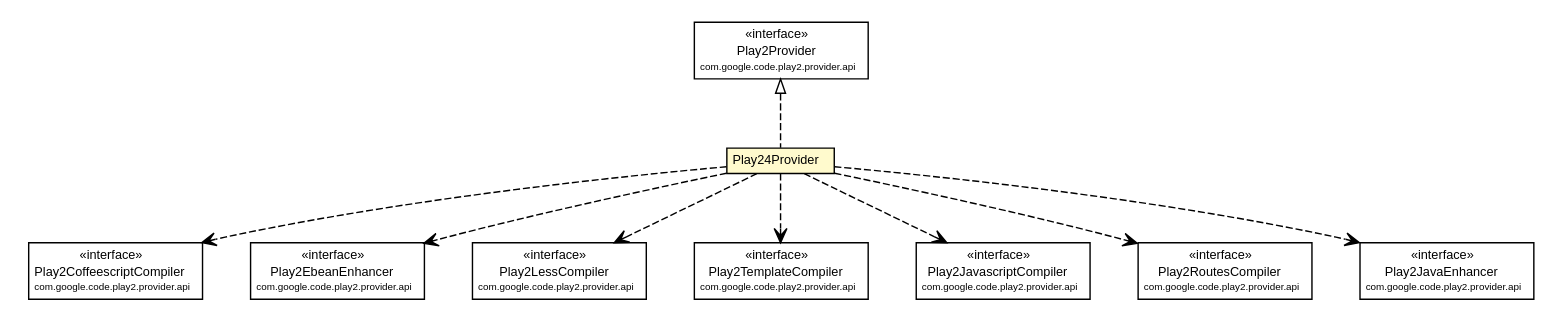
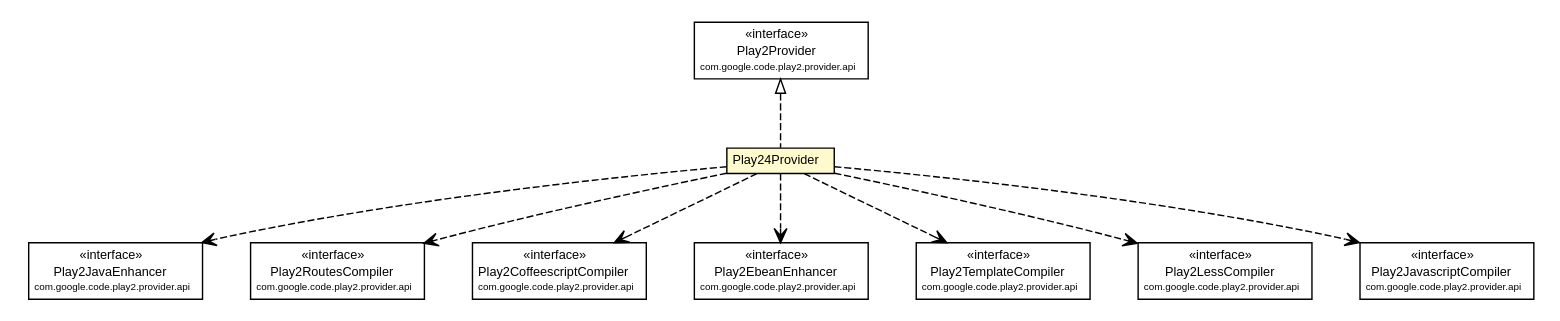
One commit to wouterhardeman/play2-maven-plugin changed the diagram in mavensite/1.0.0-beta2-SNAPSHOT/play2-providers/play2-provider-play24/apidocs/com/google/code/play2/provider/play24/Play24Provider.dot. Above: the diagram before and after it, drawn with Graphviz. The commit also changed 222 other files, not shown here.

```diff
--- a/mavensite/1.0.0-beta2-SNAPSHOT/play2-providers/play2-provider-play24/apidocs/com/google/code/play2/provider/play24/Play24Provider.dot
+++ b/mavensite/1.0.0-beta2-SNAPSHOT/play2-providers/play2-provider-play24/apidocs/com/google/code/play2/provider/play24/Play24Provider.dot
@@ -1,98 +1,98 @@
 #!/usr/local/bin/dot
 #
 # Class diagram 
 # Generated by UMLGraph version R5_6-24-gf6e263 (http://www.umlgraph.org/)
 #
 
 digraph G {
 	edge [fontname="arial",fontsize=10,labelfontname="arial",labelfontsize=10];
 	node [fontname="arial",fontsize=10,shape=plaintext];
 	nodesep=0.25;
 	ranksep=0.5;
 	// com.google.code.play2.provider.play24.Play24Provider
 	c178 [label=<<table title="com.google.code.play2.provider.play24.Play24Provider" border="0" cellborder="1" cellspacing="0" cellpadding="2" port="p" bgcolor="lemonChiffon" href="./Play24Provider.html">
 		<tr><td><table border="0" cellspacing="0" cellpadding="1">
 <tr><td align="center" balign="center"> Play24Provider </td></tr>
 		</table></td></tr>
 		</table>>, URL="./Play24Provider.html", fontname="arial", fontcolor="black", fontsize=9.0];
 	//com.google.code.play2.provider.play24.Play24Provider implements com.google.code.play2.provider.api.Play2Provider
 	c187:p -> c178:p [dir=back,arrowtail=empty,style=dashed];
+	// com.google.code.play2.provider.play24.Play24Provider DEPEND com.google.code.play2.provider.api.Play2JavaEnhancer
+	c178:p -> c188:p [taillabel="", label="", headlabel="", fontname="arial", fontcolor="black", fontsize=10.0, color="black", arrowhead=open, style=dashed];
+	// com.google.code.play2.provider.play24.Play24Provider DEPEND com.google.code.play2.provider.api.Play2RoutesCompiler
+	c178:p -> c189:p [taillabel="", label="", headlabel="", fontname="arial", fontcolor="black", fontsize=10.0, color="black", arrowhead=open, style=dashed];
 	// com.google.code.play2.provider.play24.Play24Provider DEPEND com.google.code.play2.provider.api.Play2CoffeescriptCompiler
-	c178:p -> c188:p [taillabel="", label="", headlabel="", fontname="arial", fontcolor="black", fontsize=10.0, color="black", arrowhead=open, style=dashed];
+	c178:p -> c190:p [taillabel="", label="", headlabel="", fontname="arial", fontcolor="black", fontsize=10.0, color="black", arrowhead=open, style=dashed];
 	// com.google.code.play2.provider.play24.Play24Provider DEPEND com.google.code.play2.provider.api.Play2EbeanEnhancer
-	c178:p -> c189:p [taillabel="", label="", headlabel="", fontname="arial", fontcolor="black", fontsize=10.0, color="black", arrowhead=open, style=dashed];
+	c178:p -> c191:p [taillabel="", label="", headlabel="", fontname="arial", fontcolor="black", fontsize=10.0, color="black", arrowhead=open, style=dashed];
+	// com.google.code.play2.provider.play24.Play24Provider DEPEND com.google.code.play2.provider.api.Play2TemplateCompiler
+	c178:p -> c192:p [taillabel="", label="", headlabel="", fontname="arial", fontcolor="black", fontsize=10.0, color="black", arrowhead=open, style=dashed];
 	// com.google.code.play2.provider.play24.Play24Provider DEPEND com.google.code.play2.provider.api.Play2LessCompiler
-	c178:p -> c190:p [taillabel="", label="", headlabel="", fontname="arial", fontcolor="black", fontsize=10.0, color="black", arrowhead=open, style=dashed];
-	// com.google.code.play2.provider.play24.Play24Provider DEPEND com.google.code.play2.provider.api.Play2TemplateCompiler
-	c178:p -> c191:p [taillabel="", label="", headlabel="", fontname="arial", fontcolor="black", fontsize=10.0, color="black", arrowhead=open, style=dashed];
+	c178:p -> c193:p [taillabel="", label="", headlabel="", fontname="arial", fontcolor="black", fontsize=10.0, color="black", arrowhead=open, style=dashed];
 	// com.google.code.play2.provider.play24.Play24Provider DEPEND com.google.code.play2.provider.api.Play2JavascriptCompiler
-	c178:p -> c192:p [taillabel="", label="", headlabel="", fontname="arial", fontcolor="black", fontsize=10.0, color="black", arrowhead=open, style=dashed];
-	// com.google.code.play2.provider.play24.Play24Provider DEPEND com.google.code.play2.provider.api.Play2RoutesCompiler
-	c178:p -> c193:p [taillabel="", label="", headlabel="", fontname="arial", fontcolor="black", fontsize=10.0, color="black", arrowhead=open, style=dashed];
-	// com.google.code.play2.provider.play24.Play24Provider DEPEND com.google.code.play2.provider.api.Play2JavaEnhancer
 	c178:p -> c194:p [taillabel="", label="", headlabel="", fontname="arial", fontcolor="black", fontsize=10.0, color="black", arrowhead=open, style=dashed];
 	// com.google.code.play2.provider.api.Play2EbeanEnhancer
-	c189 [label=<<table title="com.google.code.play2.provider.api.Play2EbeanEnhancer" border="0" cellborder="1" cellspacing="0" cellpadding="2" port="p">
+	c191 [label=<<table title="com.google.code.play2.provider.api.Play2EbeanEnhancer" border="0" cellborder="1" cellspacing="0" cellpadding="2" port="p">
 		<tr><td><table border="0" cellspacing="0" cellpadding="1">
 <tr><td align="center" balign="center"> &#171;interface&#187; </td></tr>
 <tr><td align="center" balign="center"> Play2EbeanEnhancer </td></tr>
 <tr><td align="center" balign="center"><font point-size="7.0"> com.google.code.play2.provider.api </font></td></tr>
 		</table></td></tr>
 		</table>>, URL="null", fontname="arial", fontcolor="black", fontsize=9.0];
 	// com.google.code.play2.provider.api.Play2LessCompiler
-	c190 [label=<<table title="com.google.code.play2.provider.api.Play2LessCompiler" border="0" cellborder="1" cellspacing="0" cellpadding="2" port="p">
+	c193 [label=<<table title="com.google.code.play2.provider.api.Play2LessCompiler" border="0" cellborder="1" cellspacing="0" cellpadding="2" port="p">
 		<tr><td><table border="0" cellspacing="0" cellpadding="1">
 <tr><td align="center" balign="center"> &#171;interface&#187; </td></tr>
 <tr><td align="center" balign="center"> Play2LessCompiler </td></tr>
 <tr><td align="center" balign="center"><font point-size="7.0"> com.google.code.play2.provider.api </font></td></tr>
 		</table></td></tr>
 		</table>>, URL="null", fontname="arial", fontcolor="black", fontsize=9.0];
 	// com.google.code.play2.provider.api.Play2CoffeescriptCompiler
-	c188 [label=<<table title="com.google.code.play2.provider.api.Play2CoffeescriptCompiler" border="0" cellborder="1" cellspacing="0" cellpadding="2" port="p">
+	c190 [label=<<table title="com.google.code.play2.provider.api.Play2CoffeescriptCompiler" border="0" cellborder="1" cellspacing="0" cellpadding="2" port="p">
 		<tr><td><table border="0" cellspacing="0" cellpadding="1">
 <tr><td align="center" balign="center"> &#171;interface&#187; </td></tr>
 <tr><td align="center" balign="center"> Play2CoffeescriptCompiler </td></tr>
 <tr><td align="center" balign="center"><font point-size="7.0"> com.google.code.play2.provider.api </font></td></tr>
 		</table></td></tr>
 		</table>>, URL="null", fontname="arial", fontcolor="black", fontsize=9.0];
 	// com.google.code.play2.provider.api.Play2JavaEnhancer
-	c194 [label=<<table title="com.google.code.play2.provider.api.Play2JavaEnhancer" border="0" cellborder="1" cellspacing="0" cellpadding="2" port="p">
+	c188 [label=<<table title="com.google.code.play2.provider.api.Play2JavaEnhancer" border="0" cellborder="1" cellspacing="0" cellpadding="2" port="p">
 		<tr><td><table border="0" cellspacing="0" cellpadding="1">
 <tr><td align="center" balign="center"> &#171;interface&#187; </td></tr>
 <tr><td align="center" balign="center"> Play2JavaEnhancer </td></tr>
 <tr><td align="center" balign="center"><font point-size="7.0"> com.google.code.play2.provider.api </font></td></tr>
 		</table></td></tr>
 		</table>>, URL="null", fontname="arial", fontcolor="black", fontsize=9.0];
 	// com.google.code.play2.provider.api.Play2RoutesCompiler
-	c193 [label=<<table title="com.google.code.play2.provider.api.Play2RoutesCompiler" border="0" cellborder="1" cellspacing="0" cellpadding="2" port="p">
+	c189 [label=<<table title="com.google.code.play2.provider.api.Play2RoutesCompiler" border="0" cellborder="1" cellspacing="0" cellpadding="2" port="p">
 		<tr><td><table border="0" cellspacing="0" cellpadding="1">
 <tr><td align="center" balign="center"> &#171;interface&#187; </td></tr>
 <tr><td align="center" balign="center"> Play2RoutesCompiler </td></tr>
 <tr><td align="center" balign="center"><font point-size="7.0"> com.google.code.play2.provider.api </font></td></tr>
 		</table></td></tr>
 		</table>>, URL="null", fontname="arial", fontcolor="black", fontsize=9.0];
 	// com.google.code.play2.provider.api.Play2JavascriptCompiler
-	c192 [label=<<table title="com.google.code.play2.provider.api.Play2JavascriptCompiler" border="0" cellborder="1" cellspacing="0" cellpadding="2" port="p">
+	c194 [label=<<table title="com.google.code.play2.provider.api.Play2JavascriptCompiler" border="0" cellborder="1" cellspacing="0" cellpadding="2" port="p">
 		<tr><td><table border="0" cellspacing="0" cellpadding="1">
 <tr><td align="center" balign="center"> &#171;interface&#187; </td></tr>
 <tr><td align="center" balign="center"> Play2JavascriptCompiler </td></tr>
 <tr><td align="center" balign="center"><font point-size="7.0"> com.google.code.play2.provider.api </font></td></tr>
 		</table></td></tr>
 		</table>>, URL="null", fontname="arial", fontcolor="black", fontsize=9.0];
 	// com.google.code.play2.provider.api.Play2Provider
 	c187 [label=<<table title="com.google.code.play2.provider.api.Play2Provider" border="0" cellborder="1" cellspacing="0" cellpadding="2" port="p">
 		<tr><td><table border="0" cellspacing="0" cellpadding="1">
 <tr><td align="center" balign="center"> &#171;interface&#187; </td></tr>
 <tr><td align="center" balign="center"> Play2Provider </td></tr>
 <tr><td align="center" balign="center"><font point-size="7.0"> com.google.code.play2.provider.api </font></td></tr>
 		</table></td></tr>
 		</table>>, URL="null", fontname="arial", fontcolor="black", fontsize=9.0];
 	// com.google.code.play2.provider.api.Play2TemplateCompiler
-	c191 [label=<<table title="com.google.code.play2.provider.api.Play2TemplateCompiler" border="0" cellborder="1" cellspacing="0" cellpadding="2" port="p">
+	c192 [label=<<table title="com.google.code.play2.provider.api.Play2TemplateCompiler" border="0" cellborder="1" cellspacing="0" cellpadding="2" port="p">
 		<tr><td><table border="0" cellspacing="0" cellpadding="1">
 <tr><td align="center" balign="center"> &#171;interface&#187; </td></tr>
 <tr><td align="center" balign="center"> Play2TemplateCompiler </td></tr>
 <tr><td align="center" balign="center"><font point-size="7.0"> com.google.code.play2.provider.api </font></td></tr>
 		</table></td></tr>
 		</table>>, URL="null", fontname="arial", fontcolor="black", fontsize=9.0];
 }
```
